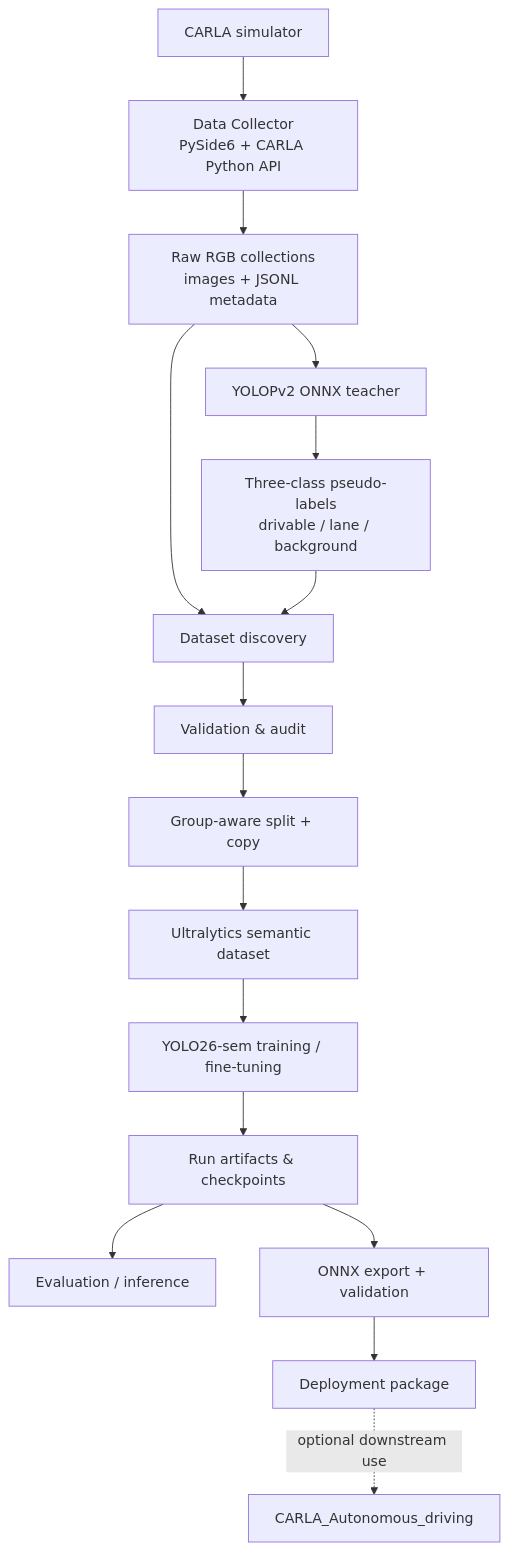
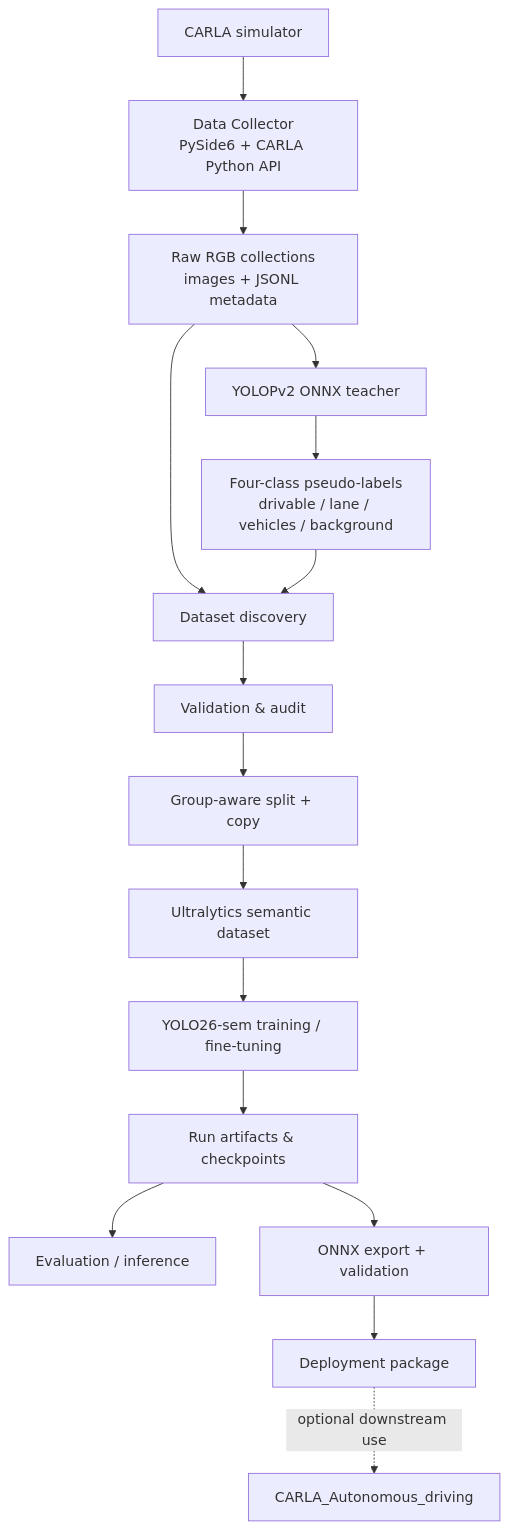
The diagram in docs/ARCHITECTURE.md (ArvinNotDev/RoadForge), drawn with Mermaid before and after one commit. The commit also changed other lines of this file and 19 other files, not shown here.

First line of the commit message:
Add YOLOPv2 vehicle pseudo-labels and four-class training

````diff
--- a/docs/ARCHITECTURE.md
+++ b/docs/ARCHITECTURE.md
@@ -7,18 +7,18 @@
 ```mermaid
 flowchart TD
     A["CARLA simulator"] --> B["Data Collector<br/>PySide6 + CARLA Python API"]
     B --> C["Raw RGB collections<br/>images + JSONL metadata"]
     C --> D["YOLOPv2 ONNX teacher"]
-    D --> E["Three-class pseudo-labels<br/>drivable / lane / background"]
+    D --> E["Four-class pseudo-labels<br/>drivable / lane / vehicles / background"]
     C --> F["Dataset discovery"]
     E --> F
     F --> G["Validation & audit"]
     G --> H["Group-aware split + copy"]
     H --> I["Ultralytics semantic dataset"]
     I --> J["YOLO26-sem training / fine-tuning"]
     J --> K["Run artifacts & checkpoints"]
     K --> L["Evaluation / inference"]
     K --> M["ONNX export + validation"]
     M --> N["Deployment package"]
     N -. optional downstream use .-> O["CARLA_Autonomous_driving"]
 ```
````
